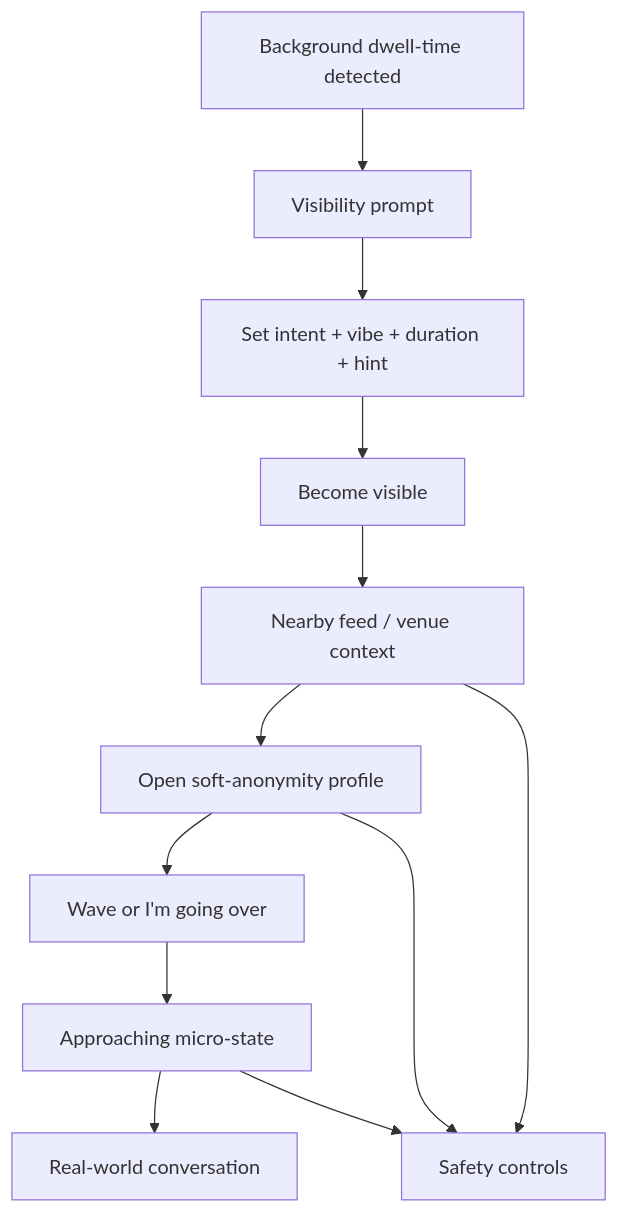
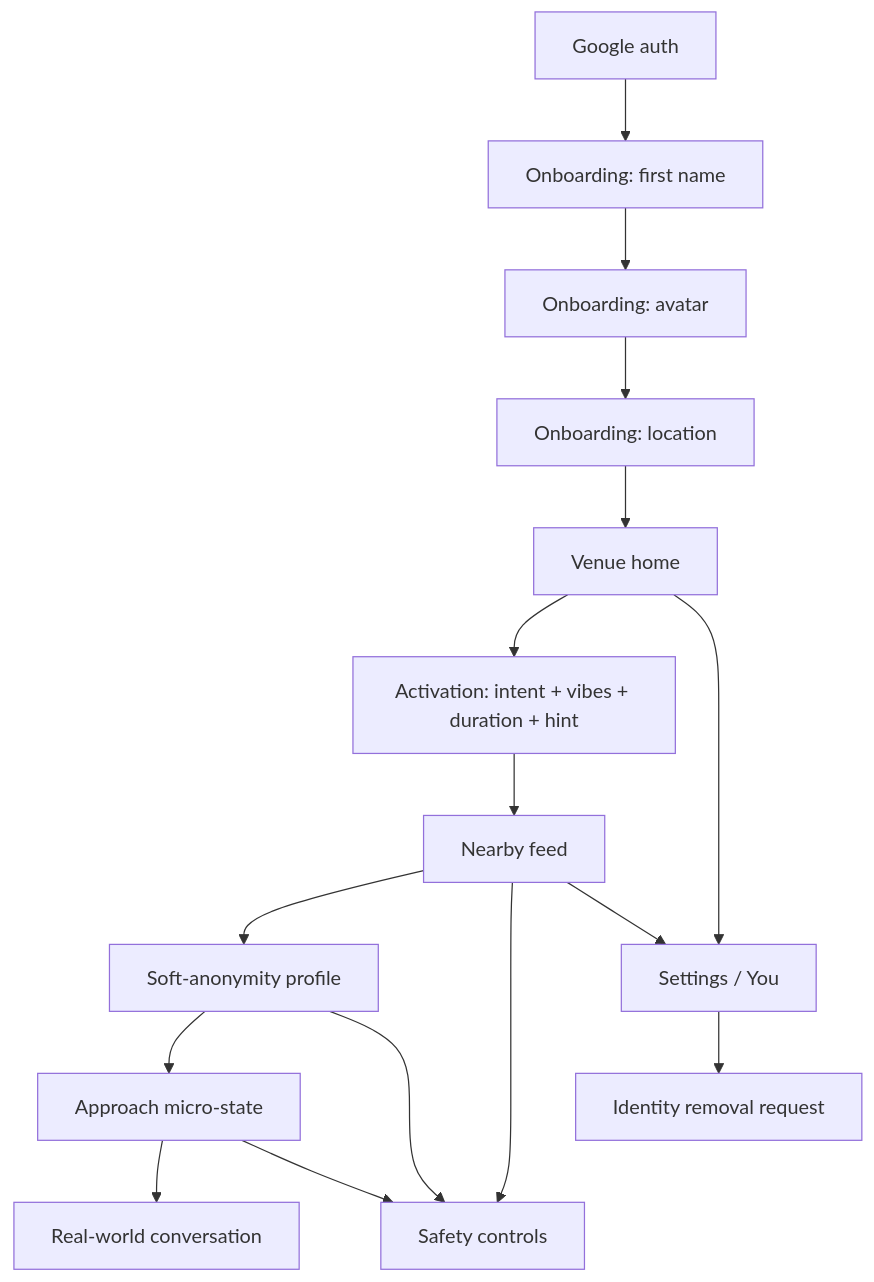
One commit to unclealek/left changed the diagram in docs/left-mvp-wireframes.md. Above: the diagram before and after it, drawn with Mermaid. The commit also changed other lines of this file, not shown here.

Commit message:
Update identity removal and wireframes docs

````diff
--- a/docs/left-mvp-wireframes.md
+++ b/docs/left-mvp-wireframes.md
@@ -23,14 +23,18 @@
 ```mermaid
 flowchart TD
-  A["Background dwell-time detected"] --> B["Visibility prompt"]
-  B --> C["Set intent + vibe + duration + hint"]
-  C --> D["Become visible"]
-  D --> E["Nearby feed / venue context"]
-  E --> F["Open soft-anonymity profile"]
-  F --> G["Wave or I'm going over"]
-  G --> H["Approaching micro-state"]
-  H --> I["Real-world conversation"]
-  E --> J["Safety controls"]
-  F --> J
-  H --> J
+  A["Google auth"] --> B["Onboarding: first name"]
+  B --> C["Onboarding: avatar"]
+  C --> D["Onboarding: location"]
+  D --> E["Venue home"]
+  E --> F["Activation: intent + vibes + duration + hint"]
+  F --> G["Nearby feed"]
+  G --> H["Soft-anonymity profile"]
+  H --> I["Approach micro-state"]
+  I --> J["Real-world conversation"]
+  G --> K["Safety controls"]
+  H --> K
+  I --> K
+  E --> L["Settings / You"]
+  G --> L
+  L --> M["Identity removal request"]
 ```
````
